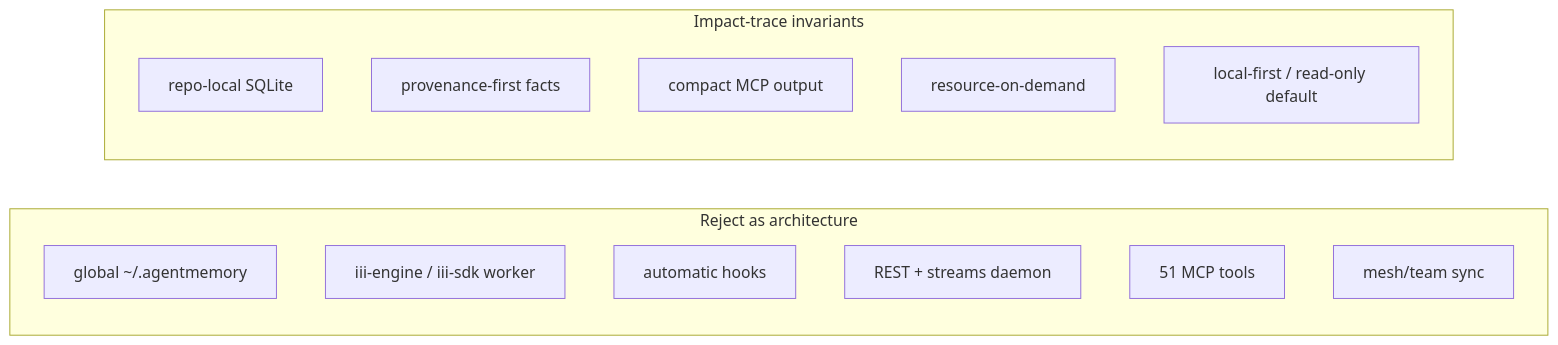
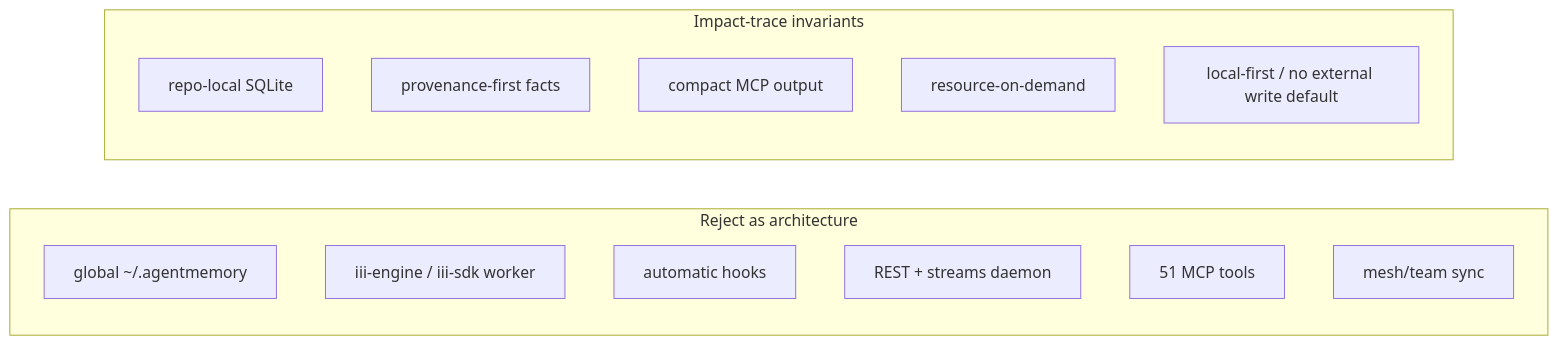
The third of 4 diagrams in docs/agentmemory-adoption-review.ko.md (YouSangSon/Parallax), drawn with Mermaid before and after one commit. The commit also changed other lines of this file and 4 other files, not shown here.

First line of the commit message:
docs(agentmemory): follow-up roadmap 정렬

````diff
--- a/docs/agentmemory-adoption-review.ko.md
+++ b/docs/agentmemory-adoption-review.ko.md
@@ -109,19 +119,19 @@
 ```mermaid
 flowchart LR
   subgraph Reject["Reject as architecture"]
     G["global ~/.agentmemory"]
     I["iii-engine / iii-sdk worker"]
     H["automatic hooks"]
     R["REST + streams daemon"]
     T["51 MCP tools"]
     M["mesh/team sync"]
   end
 
   subgraph Keep["Impact-trace invariants"]
     S["repo-local SQLite"]
     P["provenance-first facts"]
     C["compact MCP output"]
     E["resource-on-demand"]
-    L["local-first / read-only default"]
+    L["local-first / no external write default"]
   end
 ```
````
